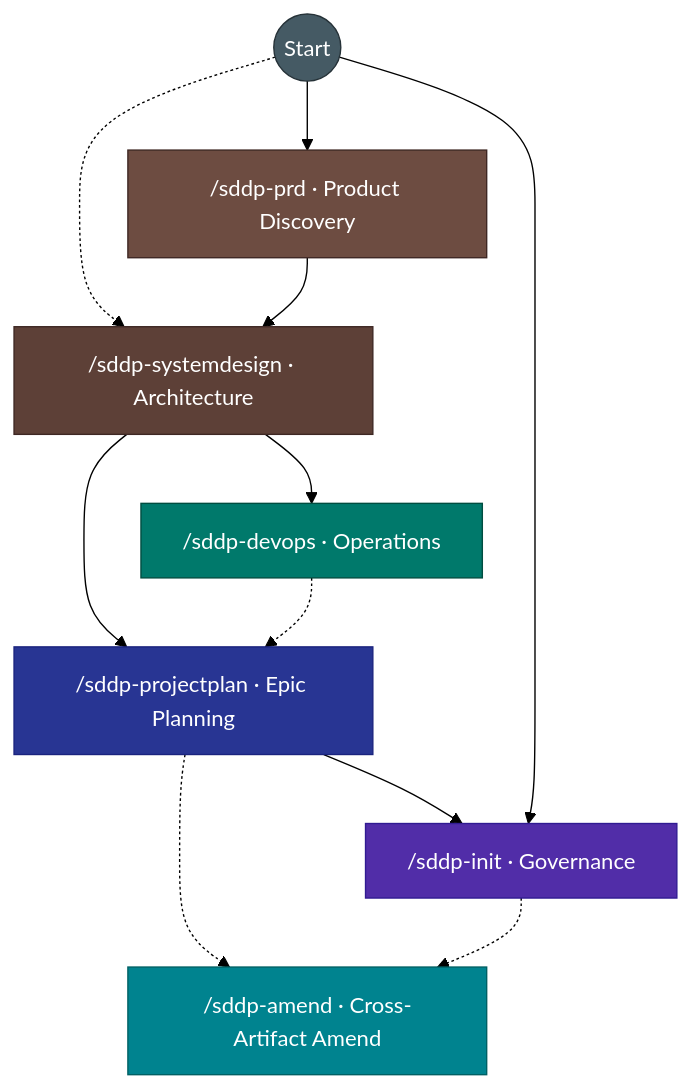
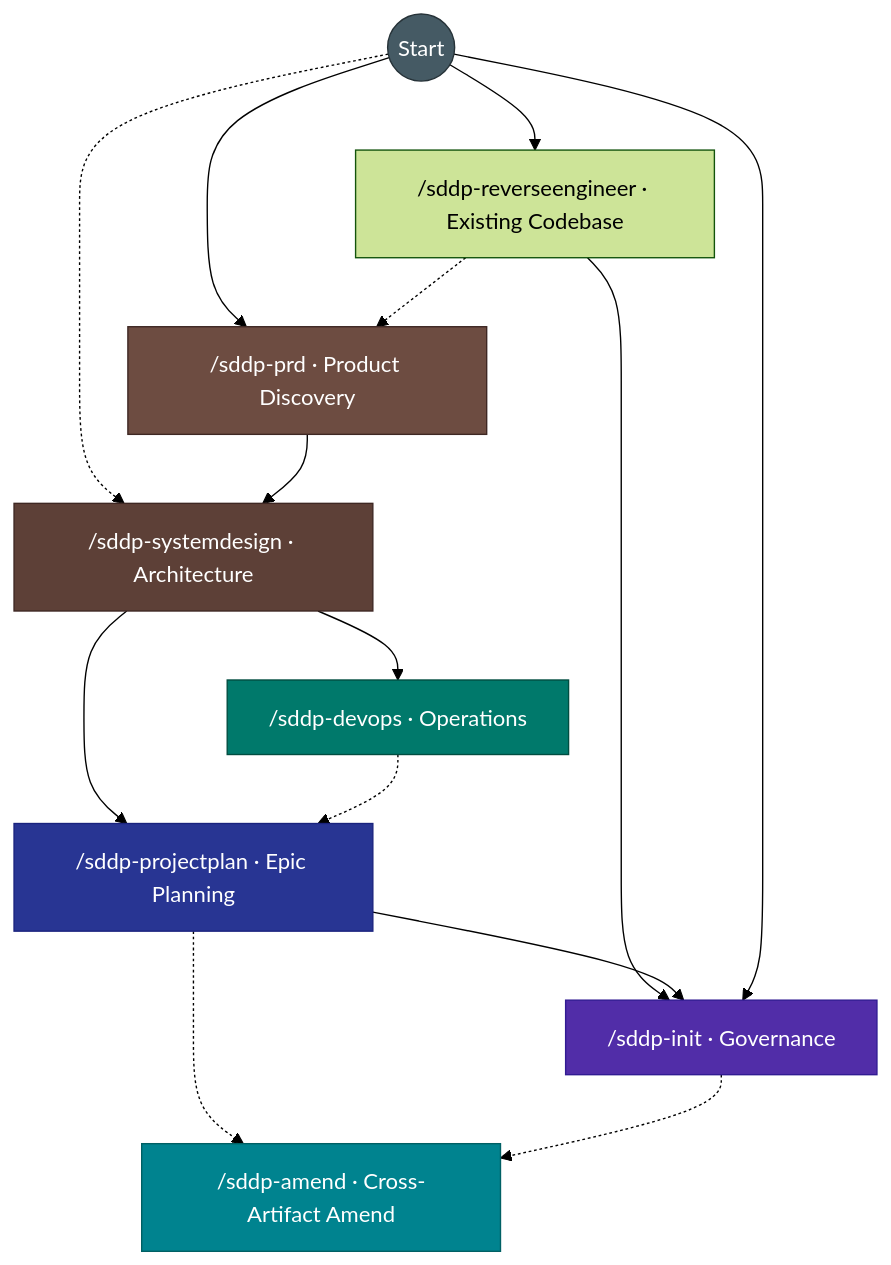
The first of 2 diagrams in README.md (attilaszasz/sdd-pilot), drawn with Mermaid (forest theme) before and after one commit. The commit also changed other lines of this file and 46 other files, not shown here.

````diff
--- a/README.md
+++ b/README.md
@@ -40,21 +40,24 @@
 ```mermaid
 flowchart TB
    B((Start)) --> PRD["/sddp-prd · Product Discovery"]
-   B -.-> SA
+    B -.-> SA
+    B --> RE["/sddp-reverseengineer · Existing Codebase"]
+    RE --> Init
+    RE -.-> PRD
    PRD --> SA["/sddp-systemdesign · Architecture"]
    SA --> DO["/sddp-devops · Operations"]
    SA --> PP["/sddp-projectplan · Epic Planning"]
    DO -.-> PP
    PP --> Init["/sddp-init · Governance"]
    PP -.-> Amend["/sddp-amend · Cross-Artifact Amend"]
    Init -.-> Amend
    B --> Init
 
    style B fill:#455A64,stroke:#263238,color:#fff
    style PRD fill:#6D4C41,stroke:#3E2723,color:#fff
    style SA fill:#5D4037,stroke:#3E2723,color:#fff
    style DO fill:#00796B,stroke:#004D40,color:#fff
    style PP fill:#283593,stroke:#1A237E,color:#fff
    style Amend fill:#00838F,stroke:#006064,color:#fff
    style Init fill:#512DA8,stroke:#311B92,color:#fff
 ```
````
